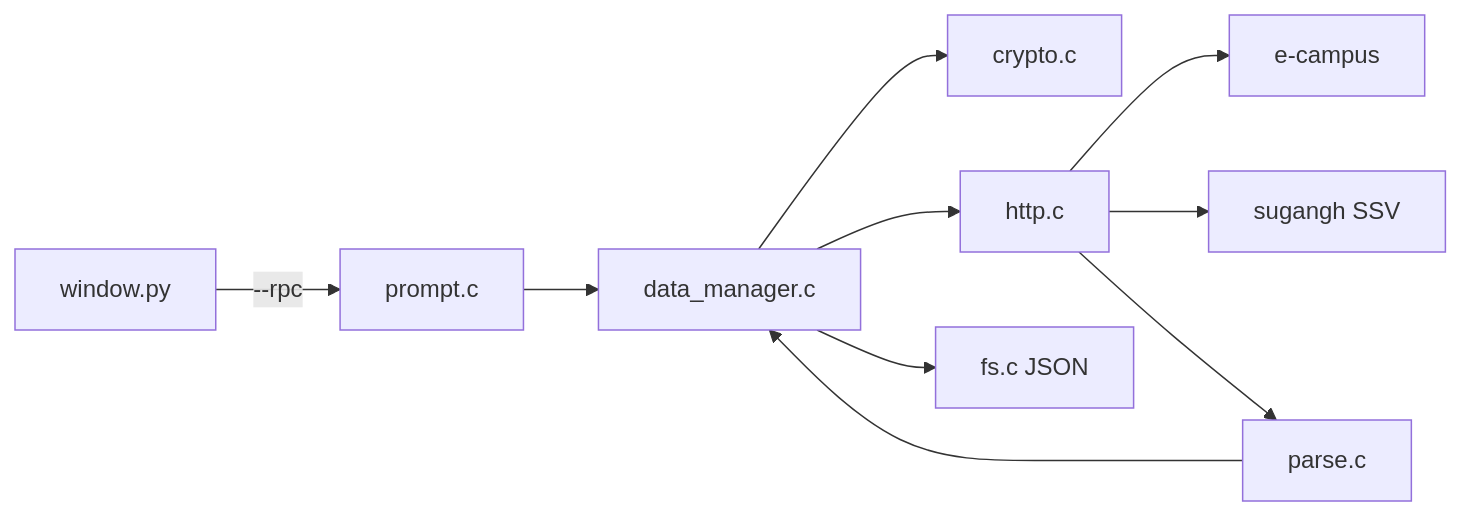
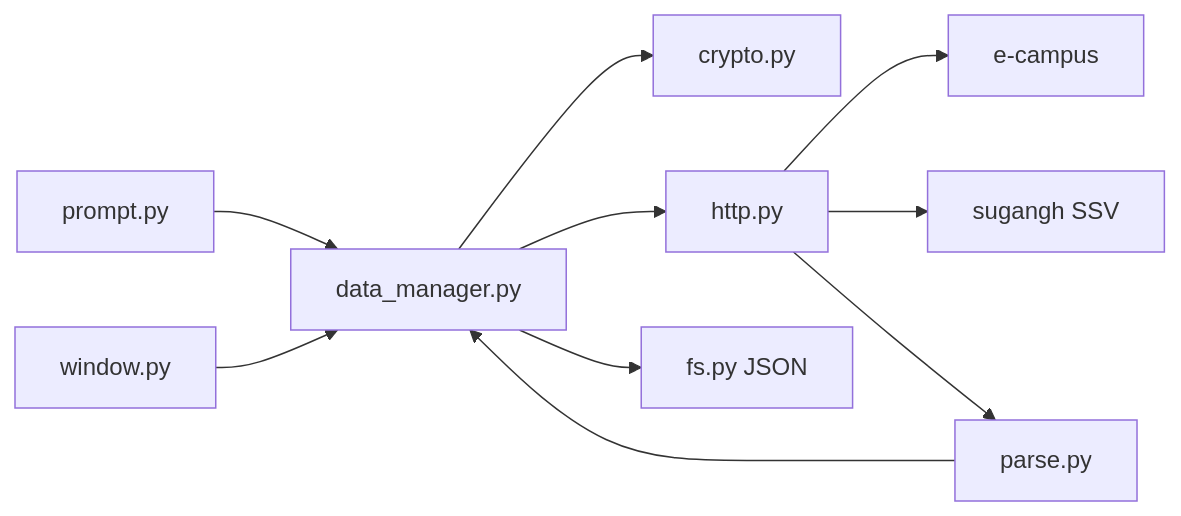
The diagram in README.md (hy040504/seowon-cli), drawn with Mermaid before and after one commit. The commit also changed other lines of this file and 55 other files, not shown here.

````diff
--- a/README.md
+++ b/README.md
@@ -224,12 +202,12 @@
 ```mermaid
 flowchart LR
-  TUI["prompt.c"] --> DM[data_manager.c]
-  GUI["window.py"] -->|"--rpc"| TUI
-  DM --> C[crypto.c]
-  DM --> H[http.c]
+  TUI["prompt.py"] --> DM[data_manager.py]
+  GUI["window.py"] --> DM
+  DM --> C[crypto.py]
+  DM --> H[http.py]
   H --> EC[e-campus]
   H --> SG[sugangh SSV]
-  H --> P[parse.c]
+  H --> P[parse.py]
   P --> DM
-  DM --> FS[fs.c JSON]
+  DM --> FS[fs.py JSON]
 ```
````
